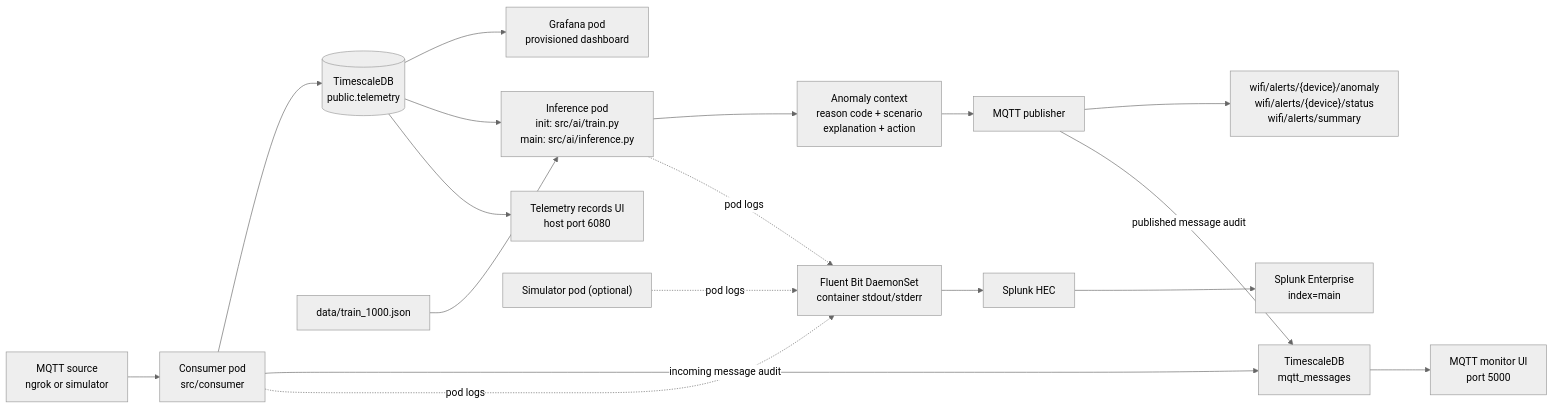
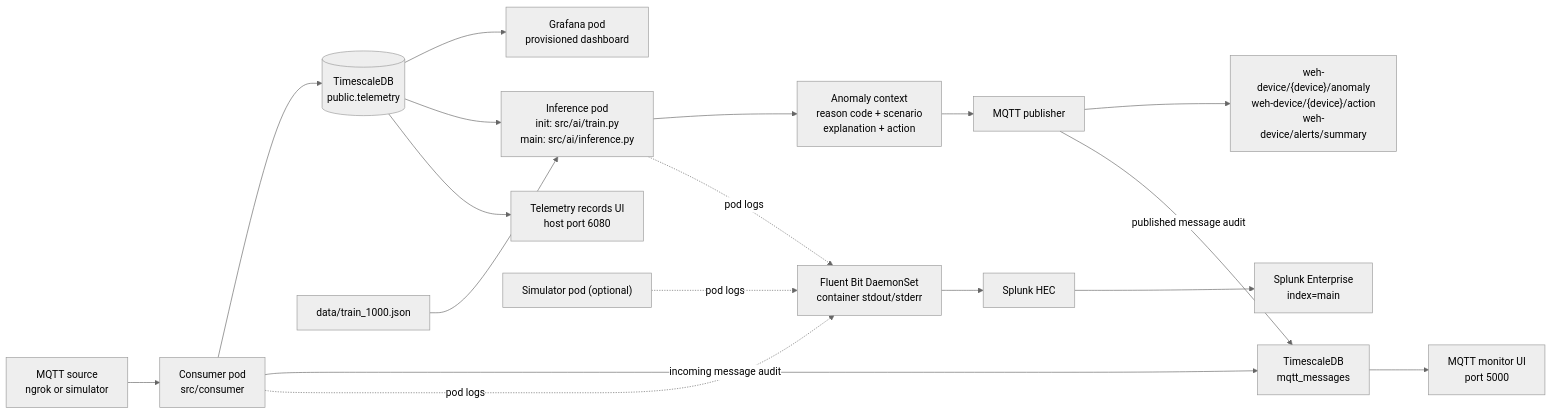
The first of 2 diagrams in ARCHITECTURE.md (arnabnexus/devicedatahub-end-to-end), drawn with Mermaid (neutral theme) before and after one commit. The commit also changed other lines of this file and 11 other files, not shown here.

````diff
--- a/ARCHITECTURE.md
+++ b/ARCHITECTURE.md
@@ -5,20 +5,20 @@
 ```mermaid
 flowchart LR
     M["MQTT source<br/>ngrok or simulator"] --> C["Consumer pod<br/>src/consumer"]
     C --> T[("TimescaleDB<br/>public.telemetry")]
     T --> G["Grafana pod<br/>provisioned dashboard"]
     T --> I["Inference pod<br/>init: src/ai/train.py<br/>main: src/ai/inference.py"]
     D["data/train_1000.json"] --> I
     I --> A["Anomaly context<br/>reason code + scenario<br/>explanation + action"]
     A --> P["MQTT publisher"]
-    P --> M2["wifi/alerts/{device}/anomaly<br/>wifi/alerts/{device}/status<br/>wifi/alerts/summary"]
+    P --> M2["weh-device/{device}/anomaly<br/>weh-device/{device}/action<br/>weh-device/alerts/summary"]
     LF["Fluent Bit DaemonSet<br/>container stdout/stderr"] --> HEC["Splunk HEC"]
     HEC --> SPL["Splunk Enterprise<br/>index=main"]
     C -->|incoming message audit| DBM["TimescaleDB<br/>mqtt_messages"]
     P -->|published message audit| DBM
     DBM --> MU["MQTT monitor UI<br/>port 5000"]
     T --> TU["Telemetry records UI<br/>host port 6080"]
     C -. pod logs .-> LF
     I -. pod logs .-> LF
     SIM["Simulator pod (optional)"] -. pod logs .-> LF
 ```
````
